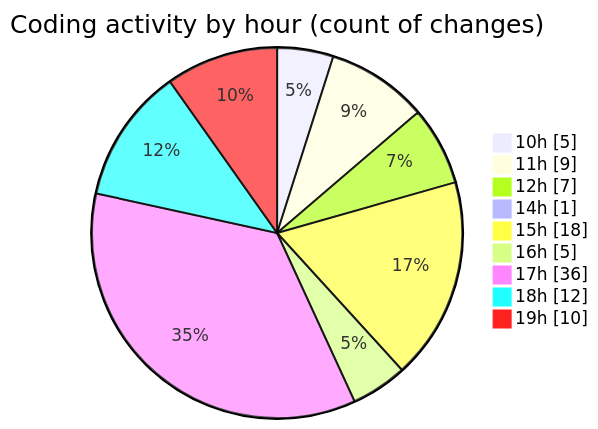
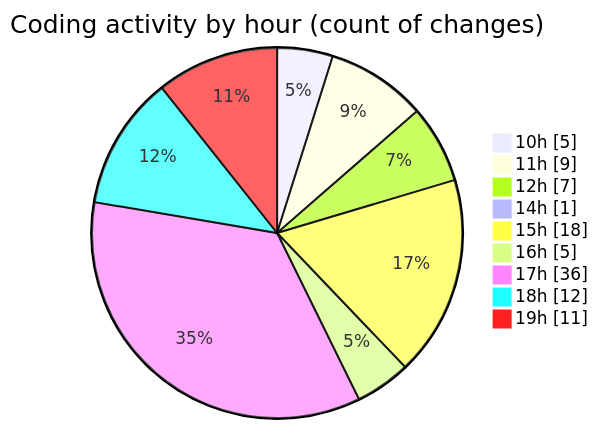
One commit to nxtqubesakshisongat/code-tracking changed the second of 2 diagrams in 2026-04-20/airfeed-analytics-dashboard/README.md. Above: the diagram before and after it, drawn with Mermaid. The commit also changed other lines of this file and 1 other file, not shown here.

````diff
--- a/2026-04-20/airfeed-analytics-dashboard/README.md
+++ b/2026-04-20/airfeed-analytics-dashboard/README.md
@@ -45,13 +45,13 @@
 ```mermaid
 pie showData
 title Coding activity by hour (count of changes)
 "10h" : 5
 "11h" : 9
 "12h" : 7
 "14h" : 1
 "15h" : 18
 "16h" : 5
 "17h" : 36
 "18h" : 12
-"19h" : 10
+"19h" : 11
 ```
````
